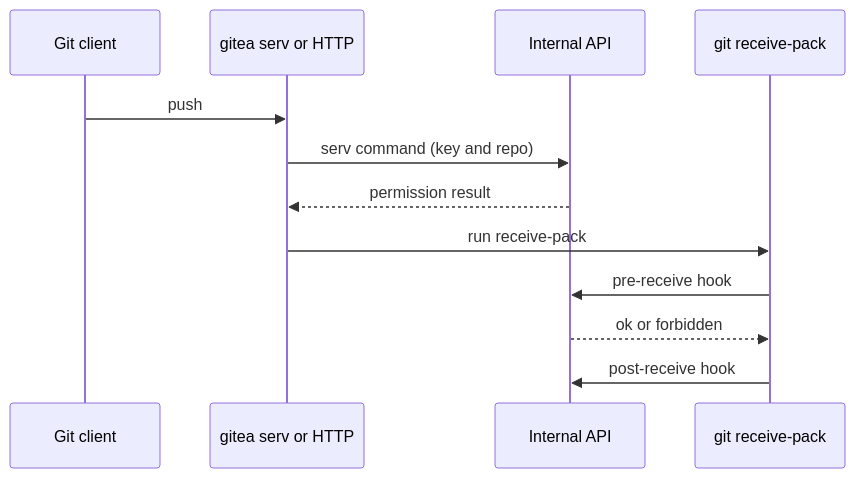
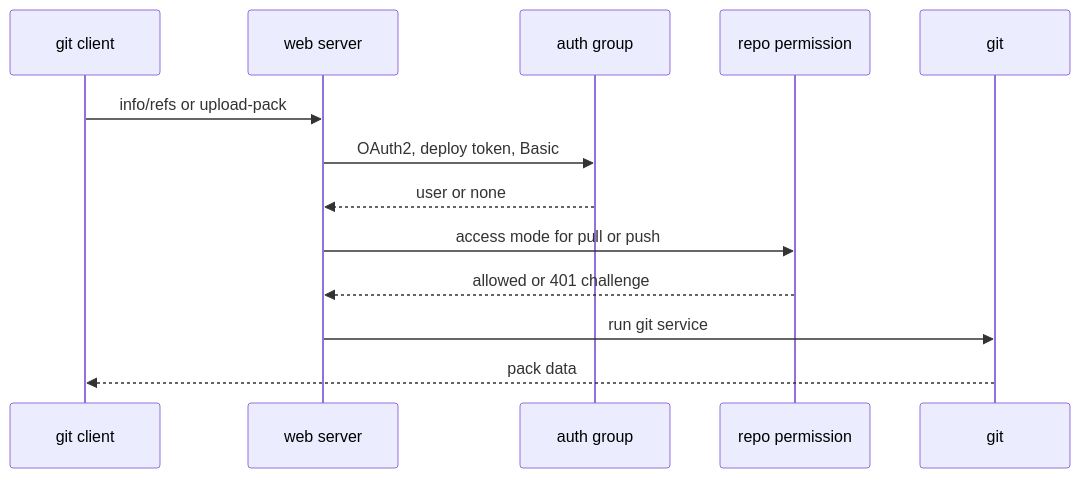
Before and after one commit to HeWhoRoams/AppDoc: the second of 5 diagrams in examples/current/gitea/application-documentation.md, drawn with Mermaid. The commit also changed other lines of this file and 64 other files, not shown here.

````diff
--- a/examples/current/gitea/application-documentation.md
+++ b/examples/current/gitea/application-documentation.md
@@ -746,14 +681,15 @@
 ```mermaid
 sequenceDiagram
-  participant C as Git client
-  participant S as gitea serv or HTTP
-  participant I as Internal API
-  participant G as git receive-pack
-  C->>S: push
-  S->>I: serv command (key and repo)
-  I-->>S: permission result
-  S->>G: run receive-pack
-  G->>I: pre-receive hook
-  I-->>G: ok or forbidden
-  G->>I: post-receive hook
+  participant C as git client
+  participant W as web server
+  participant A as auth group
+  participant R as repo permission
+  participant G as git
+  C->>W: info/refs or upload-pack
+  W->>A: OAuth2, deploy token, Basic
+  A-->>W: user or none
+  W->>R: access mode for pull or push
+  R-->>W: allowed or 401 challenge
+  W->>G: run git service
+  G-->>C: pack data
 ```
````
